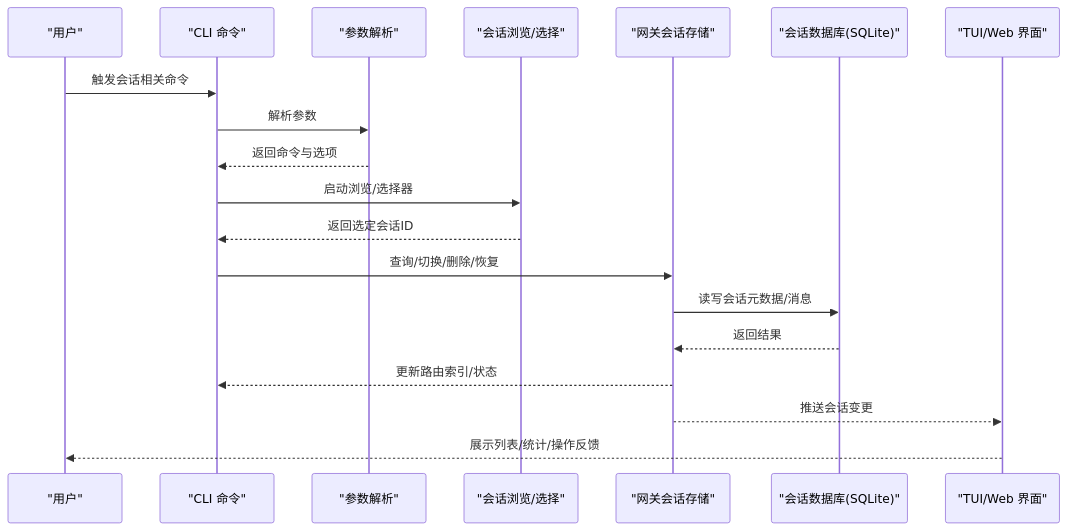
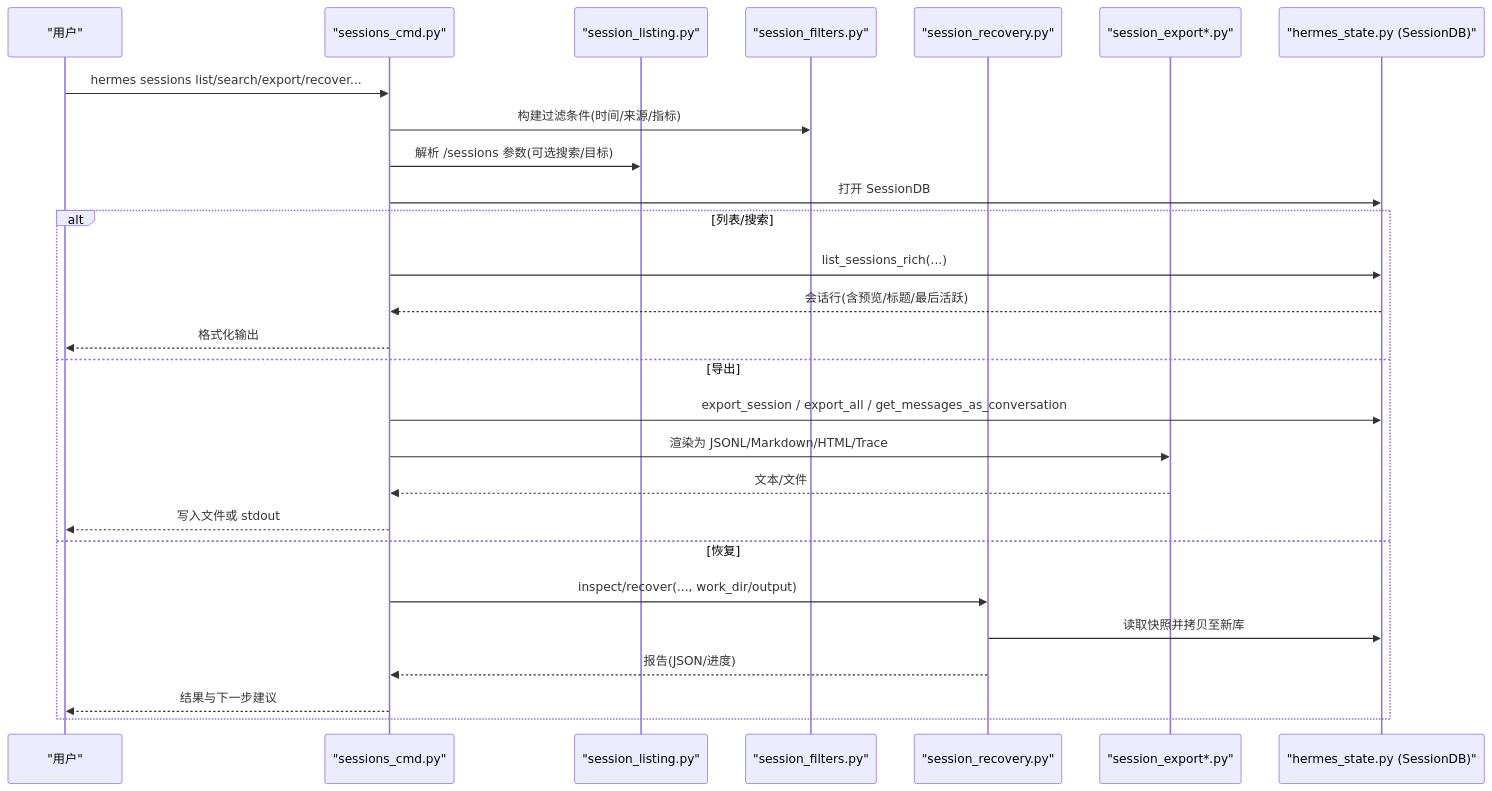
The second of 7 diagrams in .qoder/repowiki/zh/content/命令行界面/会话管理.md (haolange/hermes-agent), drawn with Mermaid before and after one commit. The commit also changed other lines of this file and 1206 other files, not shown here.

````diff
--- a/.qoder/repowiki/zh/content/命令行界面/会话管理.md
+++ b/.qoder/repowiki/zh/content/命令行界面/会话管理.md
@@ -113,21 +101,29 @@
 ```mermaid
 sequenceDiagram
-participant User as "用户"
-participant CLI as "CLI 命令"
-participant Parser as "参数解析"
-participant Browser as "会话浏览/选择"
-participant GW as "网关会话存储"
-participant DB as "会话数据库(SQLite)"
-participant UI as "TUI/Web 界面"
-User->>CLI : 触发会话相关命令
-CLI->>Parser : 解析参数
-Parser-->>CLI : 返回命令与选项
-CLI->>Browser : 启动浏览/选择器
-Browser-->>CLI : 返回选定会话ID
-CLI->>GW : 查询/切换/删除/恢复
-GW->>DB : 读写会话元数据/消息
-DB-->>GW : 返回结果
-GW-->>CLI : 更新路由索引/状态
-GW-->>UI : 推送会话变更
-UI-->>User : 展示列表/统计/操作反馈
+participant U as "用户"
+participant CLI as "sessions_cmd.py"
+participant L as "session_listing.py"
+participant F as "session_filters.py"
+participant R as "session_recovery.py"
+participant X as "session_export*.py"
+participant DB as "hermes_state.py (SessionDB)"
+U->>CLI : hermes sessions list/search/export/recover...
+CLI->>F : 构建过滤条件(时间/来源/指标)
+CLI->>L : 解析 /sessions 参数(可选搜索/目标)
+CLI->>DB : 打开 SessionDB
+alt 列表/搜索
+CLI->>DB : list_sessions_rich(...)
+DB-->>CLI : 会话行(含预览/标题/最后活跃)
+CLI-->>U : 格式化输出
+else 导出
+CLI->>DB : export_session / export_all / get_messages_as_conversation
+CLI->>X : 渲染为 JSONL/Markdown/HTML/Trace
+X-->>CLI : 文本/文件
+CLI-->>U : 写入文件或 stdout
+else 恢复
+CLI->>R : inspect/recover(..., work_dir/output)
+R->>DB : 读取快照并拷贝至新库
+R-->>CLI : 报告(JSON/进度)
+CLI-->>U : 结果与下一步建议
+end
 ```
````
